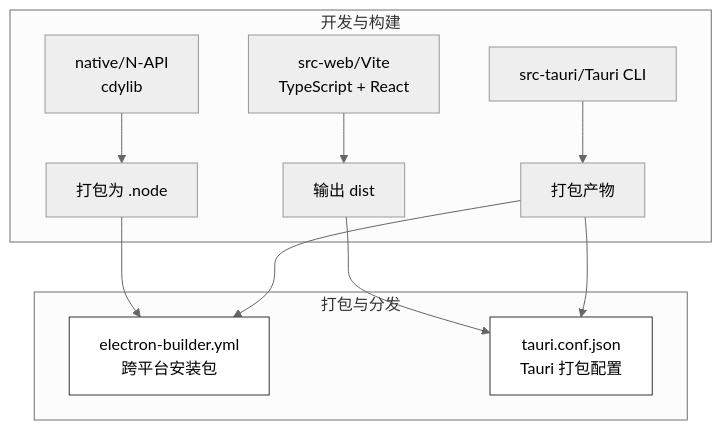
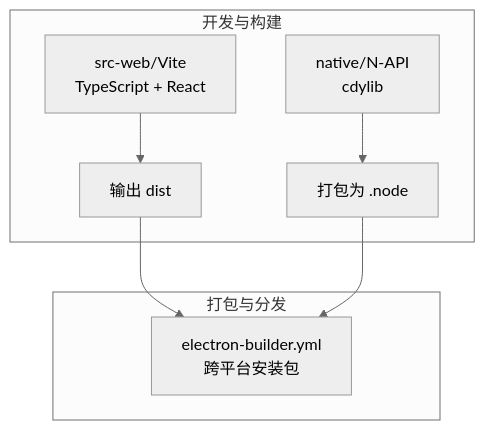
The second of 4 diagrams in .qoder/repowiki/zh/content/开发指南/构建与部署.md (baike08/cosurf), drawn with Mermaid (neutral theme) before and after one commit. The commit also changed other lines of this file and 15 other files, not shown here.

````diff
--- a/.qoder/repowiki/zh/content/开发指南/构建与部署.md
+++ b/.qoder/repowiki/zh/content/开发指南/构建与部署.md
@@ -92,18 +90,12 @@
 ```mermaid
 graph TB
 subgraph "开发与构建"
 W["src-web/Vite<br/>TypeScript + React"] --> O["输出 dist"]
 N["native/N-API<br/>cdylib"] --> R["打包为 .node"]
-T["src-tauri/Tauri CLI"] --> P["打包产物"]
 end
 subgraph "打包与分发"
-EB["electron-builder.yml<br/>跨平台安装包"]:::eb
-TC["tauri.conf.json<br/>Tauri 打包配置"]:::tc
+EB["electron-builder.yml<br/>跨平台安装包"]
 end
-O --> TC
+O --> EB
 R --> EB
-P --> EB
-P --> TC
-classDef eb fill:#fff,stroke:#333,stroke-width:1px
-classDef tc fill:#fff,stroke:#333,stroke-width:1px
 ```
````
